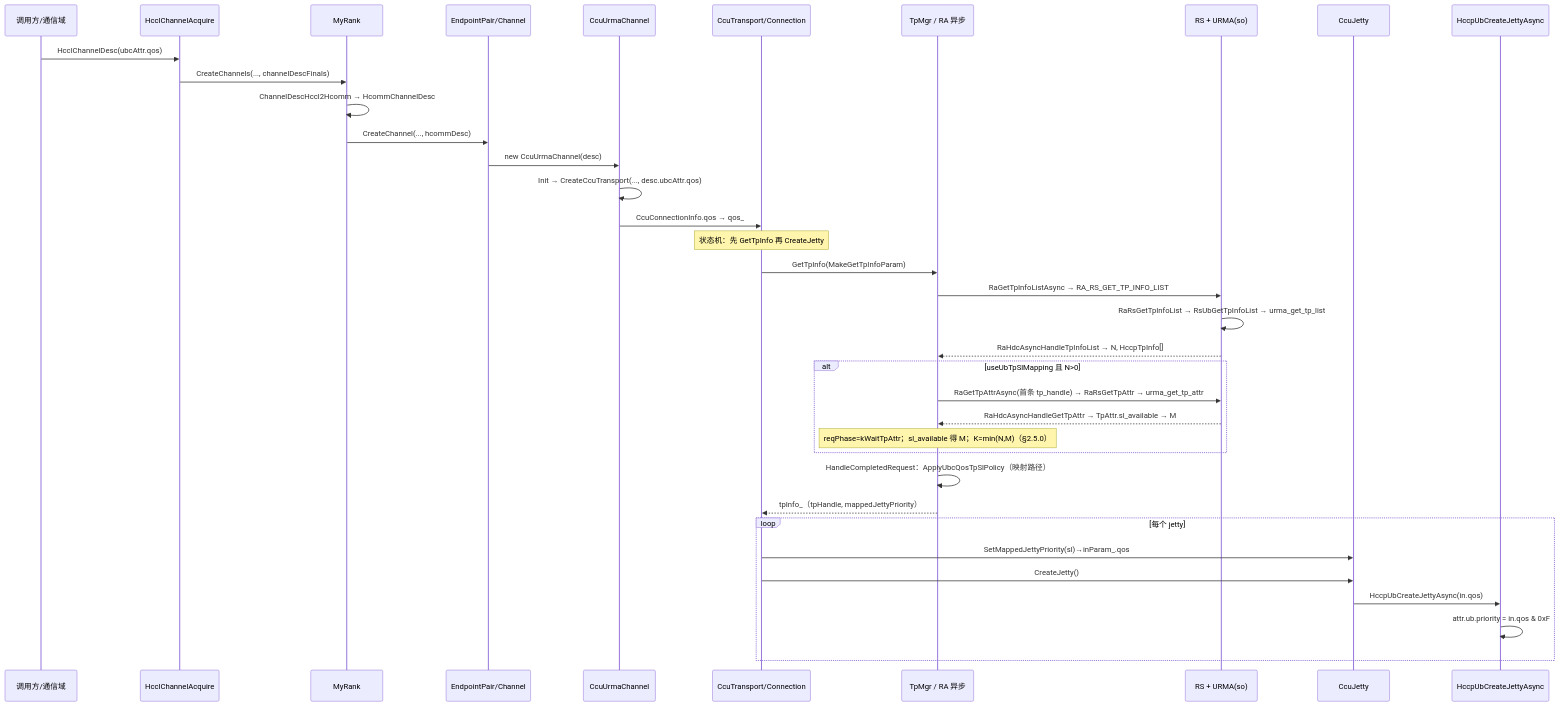
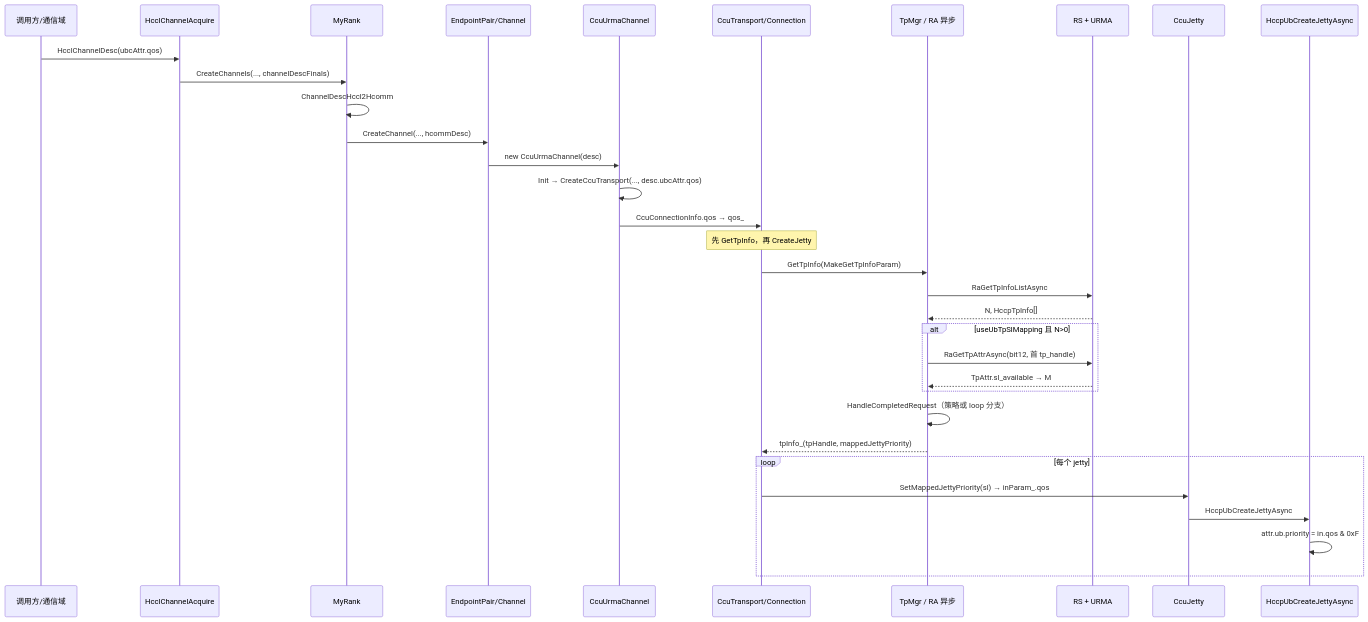
Before and after one commit to libochao-huawei/hcomm: the second of 2 diagrams in docs/ccu_ubc_qos_to_jetty_priority_flow.md, drawn with Mermaid. The commit also changed other lines of this file, not shown here.

````diff
--- a/docs/ccu_ubc_qos_to_jetty_priority_flow.md
+++ b/docs/ccu_ubc_qos_to_jetty_priority_flow.md
@@ -262,39 +226,36 @@
 ```mermaid
 sequenceDiagram
     participant User as 调用方/通信域
     participant Acquire as HcclChannelAcquire
     participant MR as MyRank
     participant EP as EndpointPair/Channel
     participant Ch as CcuUrmaChannel
     participant T as CcuTransport/Connection
     participant TM as TpMgr / RA 异步
-    participant RS as RS + URMA(so)
+    participant RS as RS + URMA
     participant J as CcuJetty
     participant H as HccpUbCreateJettyAsync
 
     User->>Acquire: HcclChannelDesc(ubcAttr.qos)
     Acquire->>MR: CreateChannels(..., channelDescFinals)
-    MR->>MR: ChannelDescHccl2Hcomm → HcommChannelDesc
+    MR->>MR: ChannelDescHccl2Hcomm
     MR->>EP: CreateChannel(..., hcommDesc)
     EP->>Ch: new CcuUrmaChannel(desc)
     Ch->>Ch: Init → CreateCcuTransport(..., desc.ubcAttr.qos)
     Ch->>T: CcuConnectionInfo.qos → qos_
-    Note over T: 状态机：先 GetTpInfo 再 CreateJetty
+    Note over T: 先 GetTpInfo，再 CreateJetty
     T->>TM: GetTpInfo(MakeGetTpInfoParam)
-    TM->>RS: RaGetTpInfoListAsync → RA_RS_GET_TP_INFO_LIST
-    RS->>RS: RaRsGetTpInfoList → RsUbGetTpInfoList → urma_get_tp_list
-    RS-->>TM: RaHdcAsyncHandleTpInfoList → N, HccpTpInfo[]
+    TM->>RS: RaGetTpInfoListAsync
+    RS-->>TM: N, HccpTpInfo[]
     alt useUbTpSlMapping 且 N>0
-        TM->>RS: RaGetTpAttrAsync(首条 tp_handle) → RaRsGetTpAttr → urma_get_tp_attr
-        RS-->>TM: RaHdcAsyncHandleGetTpAttr → TpAttr.sl_available → M
-        Note over TM: reqPhase=kWaitTpAttr；sl_available 得 M；K=min(N,M)（§2.5.0）
+        TM->>RS: RaGetTpAttrAsync(bit12, 首 tp_handle)
+        RS-->>TM: TpAttr.sl_available → M
     end
-    TM->>TM: HandleCompletedRequest：ApplyUbcQosTpSlPolicy（映射路径）
-    TM-->>T: tpInfo_（tpHandle, mappedJettyPriority）
+    TM->>TM: HandleCompletedRequest（策略或 loop 分支）
+    TM-->>T: tpInfo_(tpHandle, mappedJettyPriority)
     loop 每个 jetty
-        T->>J: SetMappedJettyPriority(sl)→inParam_.qos
-        T->>J: CreateJetty()
-        J->>H: HccpUbCreateJettyAsync(in.qos)
+        T->>J: SetMappedJettyPriority(sl) → inParam_.qos
+        J->>H: HccpUbCreateJettyAsync
         H->>H: attr.ub.priority = in.qos & 0xF
     end
 ```
````
